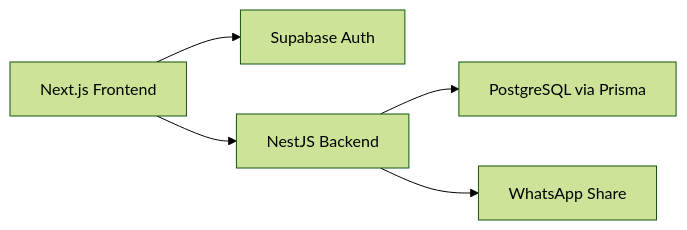
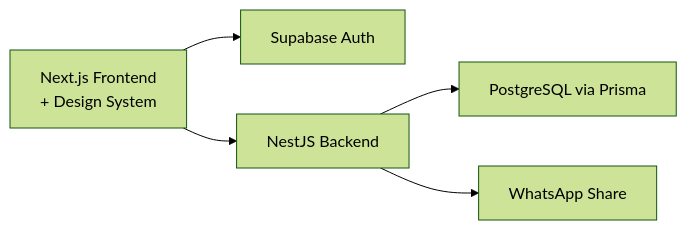
Before and after one commit to epo33m/scheduling: the eighth of 8 diagrams in .qoder/repowiki/en/content/Technical Architecture/Technical Architecture.md, drawn with Mermaid (forest theme). The commit also changed other lines of this file and 28 other files, not shown here.

````diff
--- a/.qoder/repowiki/en/content/Technical Architecture/Technical Architecture.md
+++ b/.qoder/repowiki/en/content/Technical Architecture/Technical Architecture.md
@@ -298,7 +374,7 @@
 ```mermaid
 graph LR
-Frontend["Next.js Frontend"] --> Auth["Supabase Auth"]
+Frontend["Next.js Frontend<br/>+ Design System"] --> Auth["Supabase Auth"]
 Frontend --> Backend["NestJS Backend"]
 Backend --> DB["PostgreSQL via Prisma"]
 Backend --> WhatsApp["WhatsApp Share"]
 ```
````
